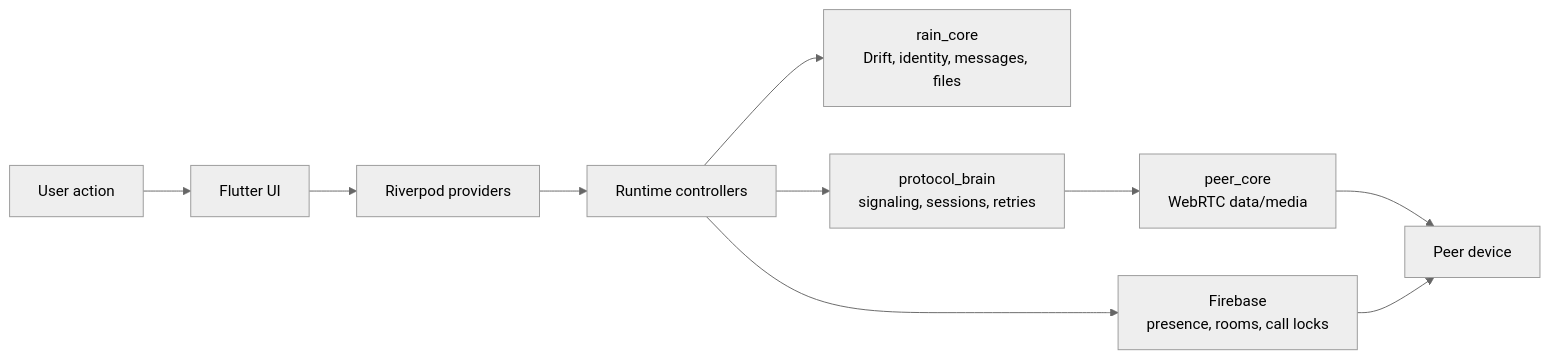
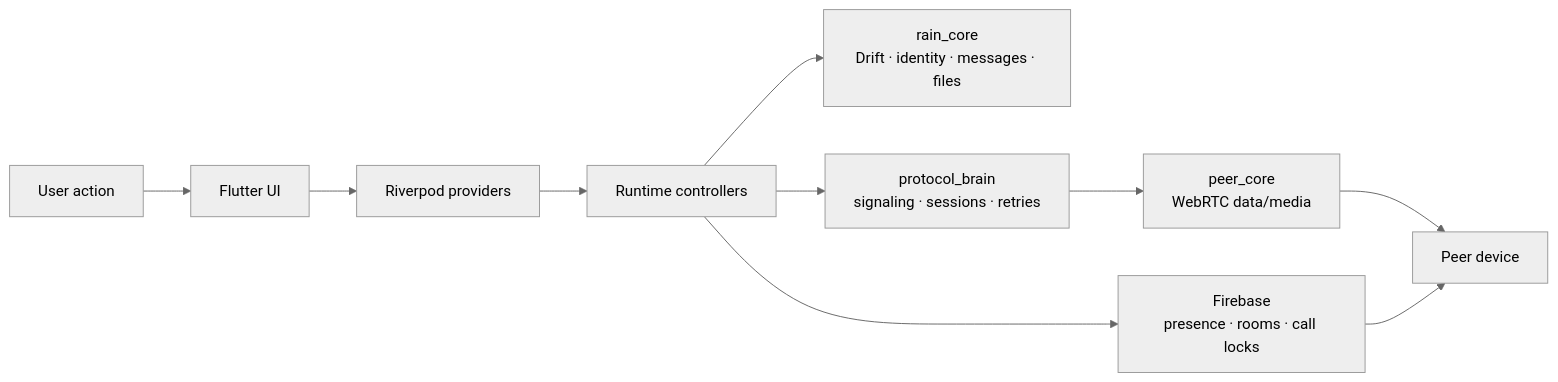
Before and after one commit to EslamNabawy/Rain: the diagram in README.md, drawn with Mermaid (neutral theme). The commit also changed other lines of this file, not shown here.

````diff
--- a/README.md
+++ b/README.md
@@ -72,12 +66,12 @@
 ```mermaid
 flowchart LR
   User["User action"] --> UI["Flutter UI"]
   UI --> Providers["Riverpod providers"]
   Providers --> Runtime["Runtime controllers"]
-  Runtime --> Core["rain_core\nDrift, identity, messages, files"]
-  Runtime --> Brain["protocol_brain\nsignaling, sessions, retries"]
+  Runtime --> Core["rain_core\nDrift · identity · messages · files"]
+  Runtime --> Brain["protocol_brain\nsignaling · sessions · retries"]
   Brain --> Peer["peer_core\nWebRTC data/media"]
-  Runtime --> Firebase["Firebase\npresence, rooms, call locks"]
+  Runtime --> Firebase["Firebase\npresence · rooms · call locks"]
   Peer --> Device["Peer device"]
   Firebase --> Device
 ```
````
